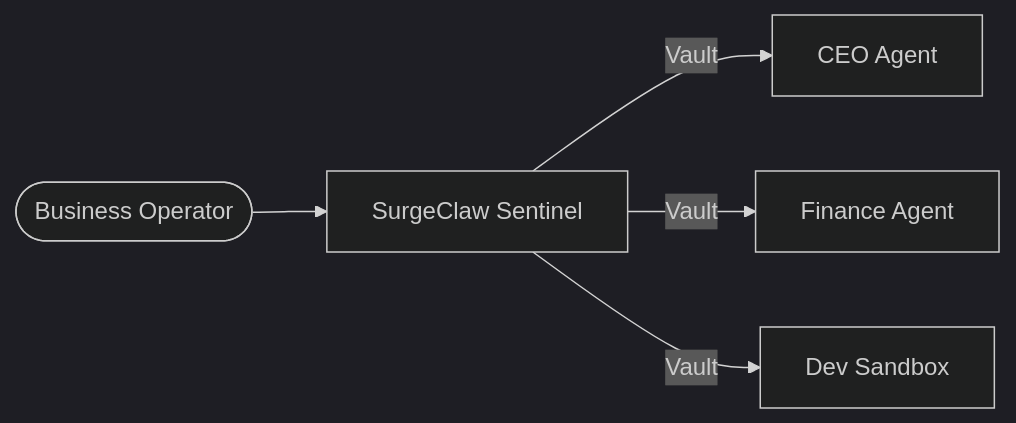
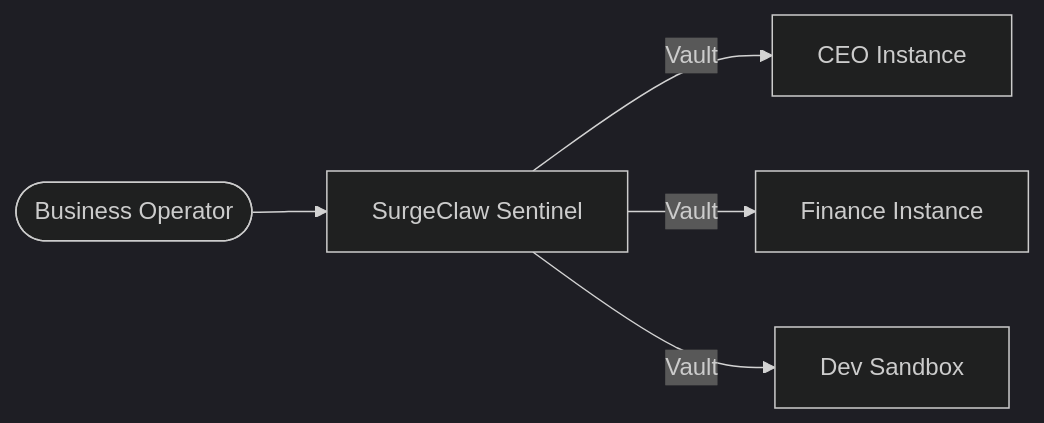
One commit to upsurge911-lgtm/SurgeClaw changed the diagram in docs/HOW_TO_DEPLOY_OPENCLAW_FOR_ENTERPRISE.md. Above: the diagram before and after it, drawn with Mermaid (dark theme). The commit also changed other lines of this file and 6 other files, not shown here.

Commit message:
docs: terminology refactor and landlord diagram prioritization 🦞✨

````diff
--- a/docs/HOW_TO_DEPLOY_OPENCLAW_FOR_ENTERPRISE.md
+++ b/docs/HOW_TO_DEPLOY_OPENCLAW_FOR_ENTERPRISE.md
@@ -21,7 +21,7 @@
 ```mermaid
 graph LR
     User([Business Operator]) --> SC[SurgeClaw Sentinel]
-    SC -->|Vault| A[CEO Agent]
-    SC -->|Vault| B[Finance Agent]
+    SC -->|Vault| A[CEO Instance]
+    SC -->|Vault| B[Finance Instance]
     SC -->|Vault| C[Dev Sandbox]
 ```
````
